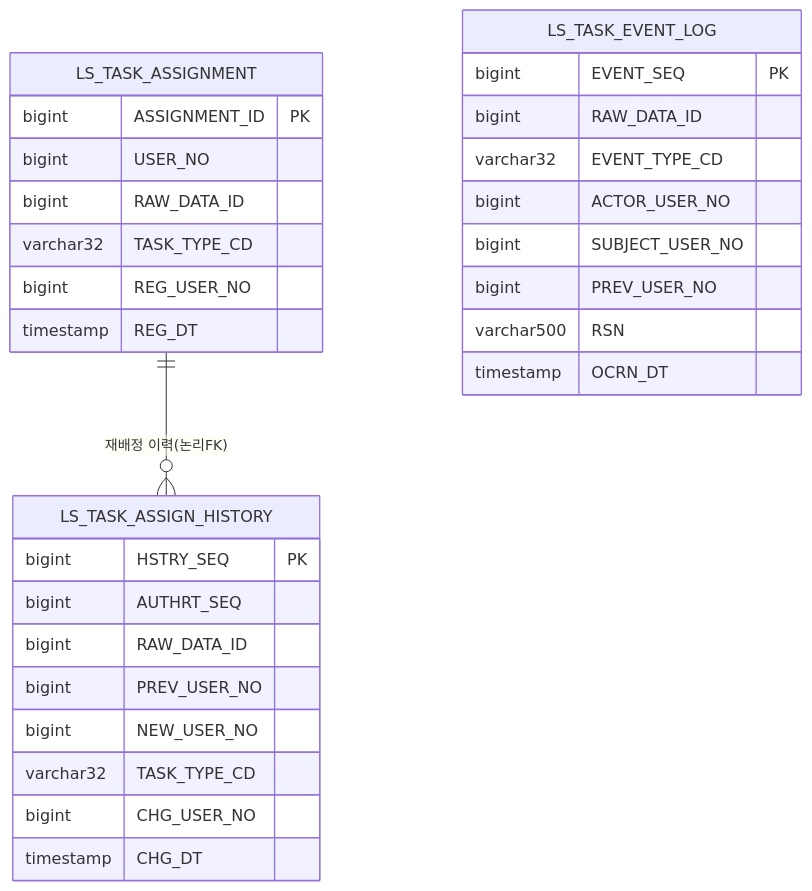
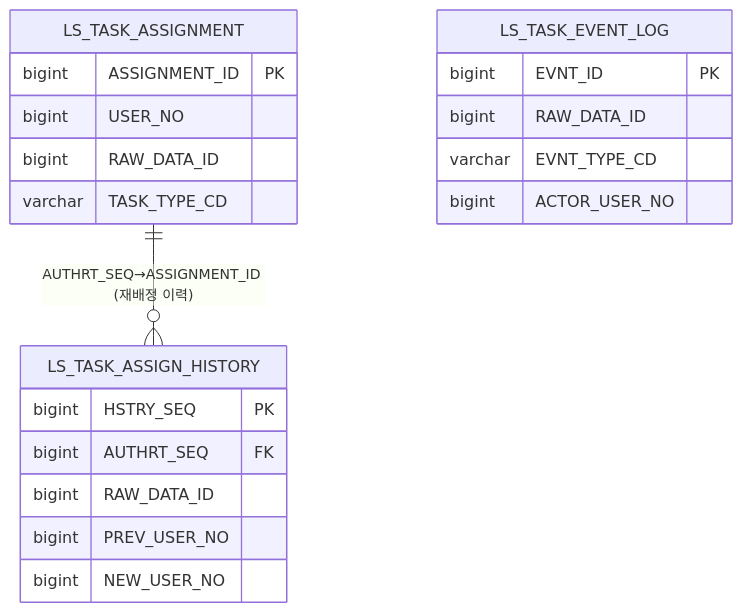
The seventh of 13 diagrams in docs/design/D8-엔티티관계모형설계서.md (New-stella/klid-label), drawn with Mermaid before and after one commit. The commit also changed other lines of this file and 6 other files, not shown here.

````diff
--- a/docs/design/D8-엔티티관계모형설계서.md
+++ b/docs/design/D8-엔티티관계모형설계서.md
@@ -299,33 +267,23 @@
 ```mermaid
 erDiagram
+    LS_TASK_ASSIGNMENT ||--o{ LS_TASK_ASSIGN_HISTORY : "AUTHRT_SEQ→ASSIGNMENT_ID (재배정 이력)"
     LS_TASK_ASSIGNMENT {
         bigint ASSIGNMENT_ID PK
         bigint USER_NO
         bigint RAW_DATA_ID
-        varchar32 TASK_TYPE_CD
-        bigint REG_USER_NO
-        timestamp REG_DT
+        varchar TASK_TYPE_CD
     }
     LS_TASK_ASSIGN_HISTORY {
         bigint HSTRY_SEQ PK
-        bigint AUTHRT_SEQ
+        bigint AUTHRT_SEQ FK
         bigint RAW_DATA_ID
         bigint PREV_USER_NO
         bigint NEW_USER_NO
-        varchar32 TASK_TYPE_CD
-        bigint CHG_USER_NO
-        timestamp CHG_DT
     }
     LS_TASK_EVENT_LOG {
-        bigint EVENT_SEQ PK
+        bigint EVNT_ID PK
         bigint RAW_DATA_ID
-        varchar32 EVENT_TYPE_CD
+        varchar EVNT_TYPE_CD
         bigint ACTOR_USER_NO
-        bigint SUBJECT_USER_NO
-        bigint PREV_USER_NO
-        varchar500 RSN
-        timestamp OCRN_DT
     }
-
-    LS_TASK_ASSIGNMENT ||--o{ LS_TASK_ASSIGN_HISTORY : "재배정 이력(논리FK)"
 ```
````
